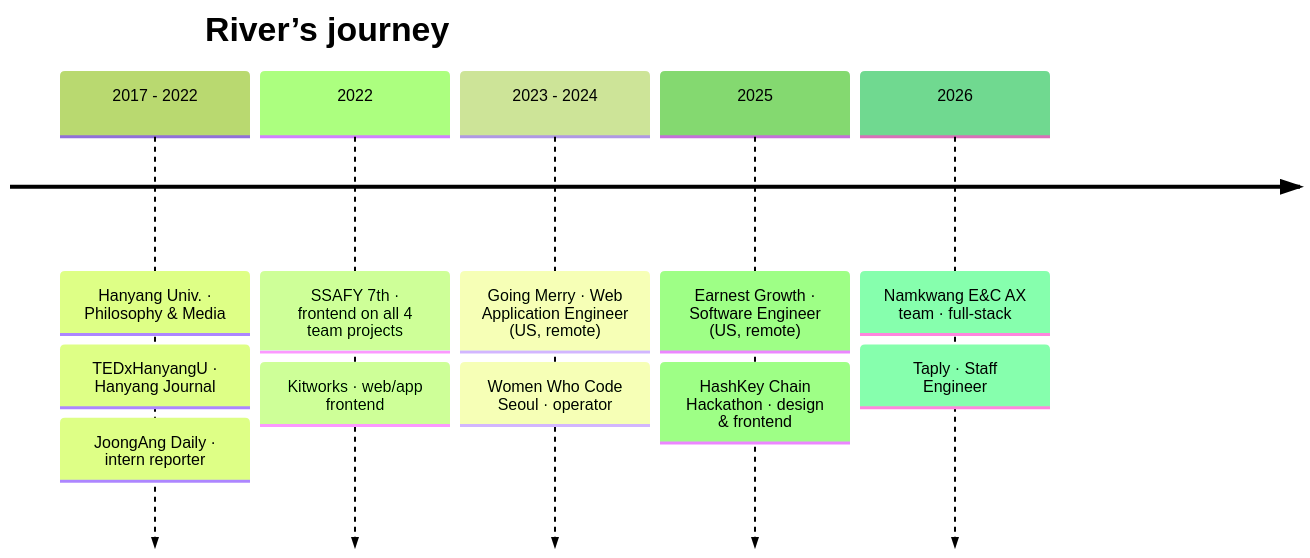
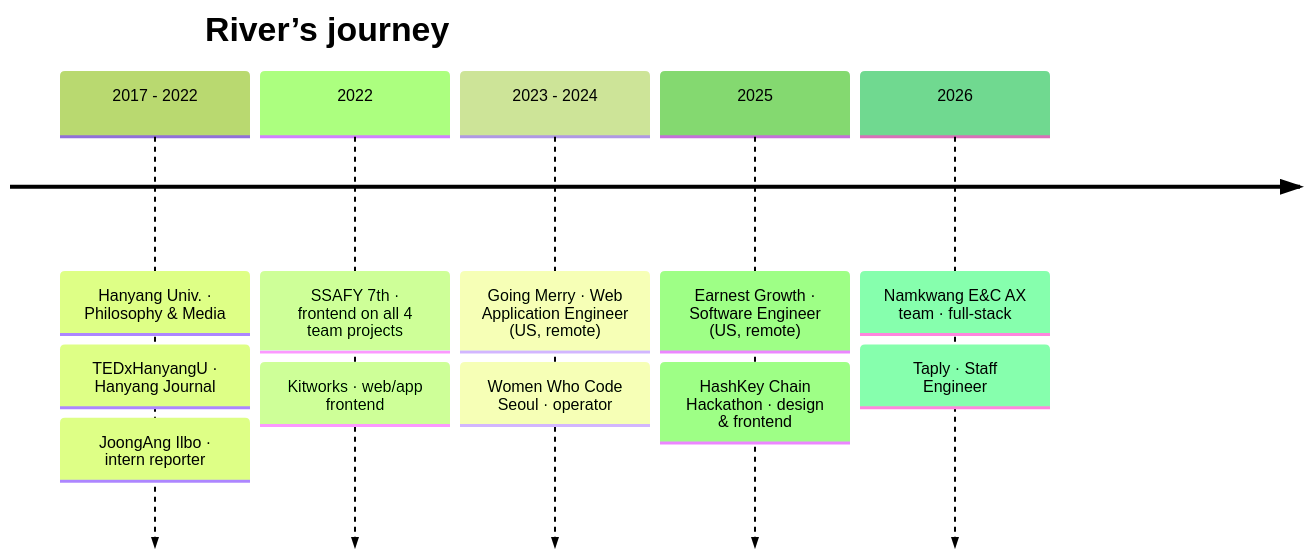
One commit to HerrineKim/HerrineKim changed the diagram in README.md. Above: the diagram before and after it, drawn with Mermaid (forest theme). The commit also changed other lines of this file and 1 other file, not shown here.

Commit message:
fix: name JoongAng Ilbo correctly and drop DaleStudy line

````diff
--- a/README.md
+++ b/README.md
@@ -48,15 +48,15 @@
 ```mermaid
 timeline
     title River’s journey
     2017 - 2022 : Hanyang Univ. · Philosophy & Media
                 : TEDxHanyangU · Hanyang Journal
-                : JoongAng Daily · intern reporter
+                : JoongAng Ilbo · intern reporter
     2022 : SSAFY 7th · frontend on all 4 team projects
          : Kitworks · web/app frontend
     2023 - 2024 : Going Merry · Web Application Engineer (US, remote)
                 : Women Who Code Seoul · operator
     2025 : Earnest Growth · Software Engineer (US, remote)
          : HashKey Chain Hackathon · design & frontend
     2026 : Namkwang E&C AX team · full-stack
          : Taply · Staff Engineer
 ```
````
